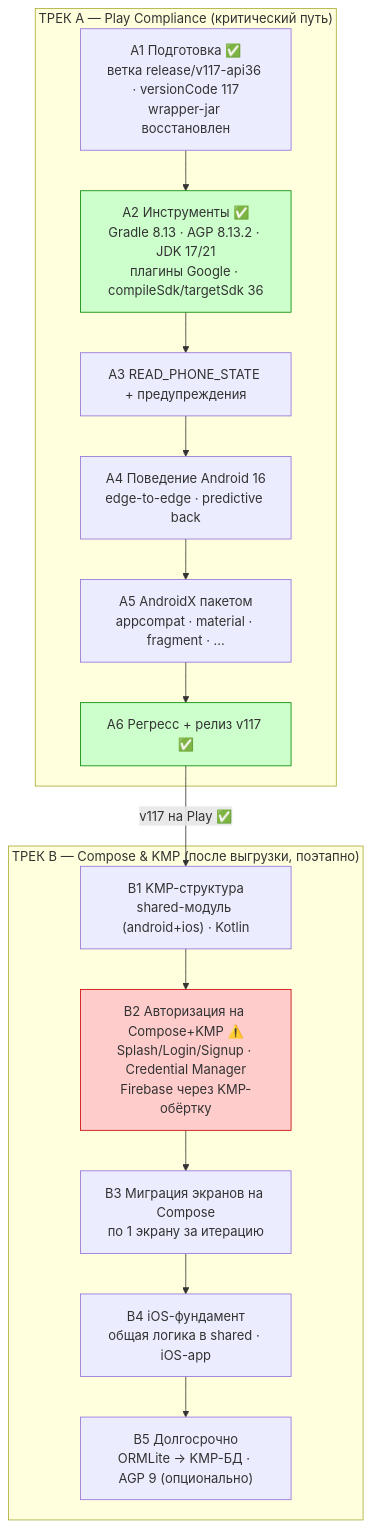
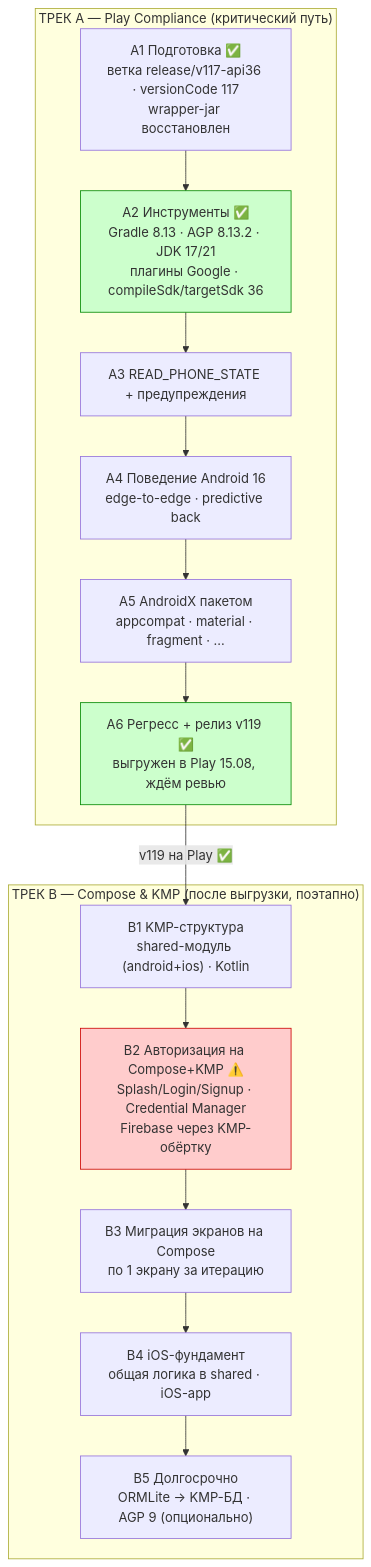
One commit to Aleksandr-Nebobzod/schulteplus changed the first of 3 diagrams in docs/API36_upgrade_plan.md. Above: the diagram before and after it, drawn with Mermaid. The commit also changed other lines of this file, not shown here.

Commit message:
docs: update API36 plan — A6 done (v119 in Play review), Track B resumed

````diff
--- a/docs/API36_upgrade_plan.md
+++ b/docs/API36_upgrade_plan.md
@@ -13,25 +13,25 @@
 ```mermaid
 flowchart TD
     subgraph A["ТРЕК A — Play Compliance (критический путь)"]
         A1["A1 Подготовка ✅<br/>ветка release/v117-api36 · versionCode 117<br/>wrapper-jar восстановлен"] --> A2
         A2["A2 Инструменты ✅<br/>Gradle 8.13 · AGP 8.13.2 · JDK 17/21<br/>плагины Google · compileSdk/targetSdk 36"] --> A3
         A3["A3 READ_PHONE_STATE + предупреждения"] --> A4
         A4["A4 Поведение Android 16<br/>edge-to-edge · predictive back"] --> A5
         A5["A5 AndroidX пакетом<br/>appcompat · material · fragment · ..."] --> A6
-        A6["A6 Регресс + релиз v117 ✅"]
+        A6["A6 Регресс + релиз v119 ✅<br/>выгружен в Play 15.08, ждём ревью"]
     end
 
     subgraph B["ТРЕК B — Compose & KMP (после выгрузки, поэтапно)"]
         B1["B1 KMP-структура<br/>shared-модуль (android+ios) · Kotlin"] --> B2
         B2["B2 Авторизация на Compose+KMP ⚠️<br/>Splash/Login/Signup · Credential Manager<br/>Firebase через KMP-обёртку"] --> B3
         B3["B3 Миграция экранов на Compose<br/>по 1 экрану за итерацию"] --> B4
         B4["B4 iOS-фундамент<br/>общая логика в shared · iOS-app"] --> B5
         B5["B5 Долгосрочно<br/>ORMLite → KMP-БД · AGP 9 (опционально)"]
     end
 
-    A6 -->|"v117 на Play ✅"| B1
+    A6 -->|"v119 на Play ✅"| B1
 
     style B2 fill:#ffcccc,stroke:#cc0000
     style A2 fill:#ccffcc,stroke:#008800
     style A6 fill:#ccffcc,stroke:#008800
 ```
````
